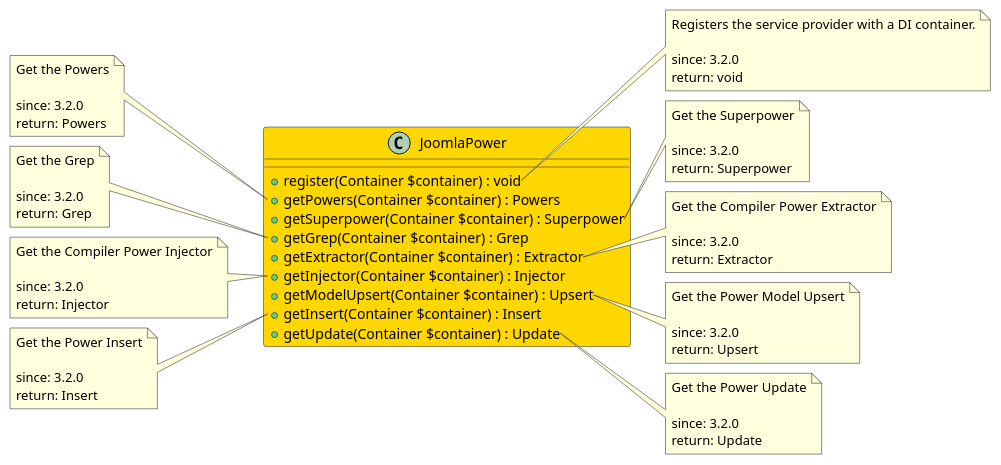
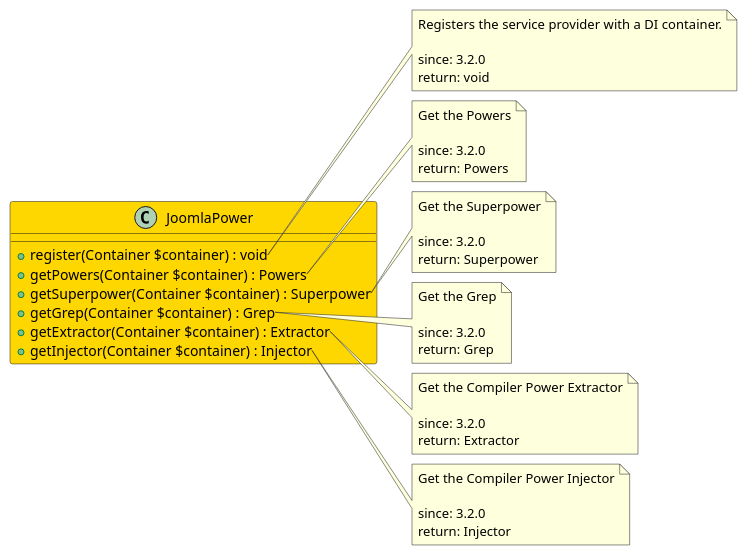
One commit to joomengine/jcb-compiler changed the diagram in src/5716c79f-a1c9-4059-9d00-8cccb9f9e061/README.md. Above: the diagram before and after it, drawn with PlantUML. The commit also changed other lines of this file and 969 other files, not shown here.

````diff
--- a/src/5716c79f-a1c9-4059-9d00-8cccb9f9e061/README.md
+++ b/src/5716c79f-a1c9-4059-9d00-8cccb9f9e061/README.md
@@ -11,79 +12,55 @@
 ```uml
 @startuml
 class JoomlaPower  #Gold {
   + register(Container $container) : void
   + getPowers(Container $container) : Powers
   + getSuperpower(Container $container) : Superpower
   + getGrep(Container $container) : Grep
   + getExtractor(Container $container) : Extractor
   + getInjector(Container $container) : Injector
-  + getModelUpsert(Container $container) : Upsert
-  + getInsert(Container $container) : Insert
-  + getUpdate(Container $container) : Update
 }
 
 note right of JoomlaPower::register
   Registers the service provider with a DI container.
 
   since: 3.2.0
   return: void
 end note
 
-note left of JoomlaPower::getPowers
+note right of JoomlaPower::getPowers
   Get the Powers
 
   since: 3.2.0
   return: Powers
 end note
 
 note right of JoomlaPower::getSuperpower
   Get the Superpower
 
   since: 3.2.0
   return: Superpower
 end note
 
-note left of JoomlaPower::getGrep
+note right of JoomlaPower::getGrep
   Get the Grep
 
   since: 3.2.0
   return: Grep
 end note
 
 note right of JoomlaPower::getExtractor
   Get the Compiler Power Extractor
 
   since: 3.2.0
   return: Extractor
 end note
 
-note left of JoomlaPower::getInjector
+note right of JoomlaPower::getInjector
   Get the Compiler Power Injector
 
   since: 3.2.0
   return: Injector
 end note
-
-note right of JoomlaPower::getModelUpsert
-  Get the Power Model Upsert
-
-  since: 3.2.0
-  return: Upsert
-end note
-
-note left of JoomlaPower::getInsert
-  Get the Power Insert
-
-  since: 3.2.0
-  return: Insert
-end note
-
-note right of JoomlaPower::getUpdate
-  Get the Power Update
-
-  since: 3.2.0
-  return: Update
-end note
  
 @enduml
 ```
````
